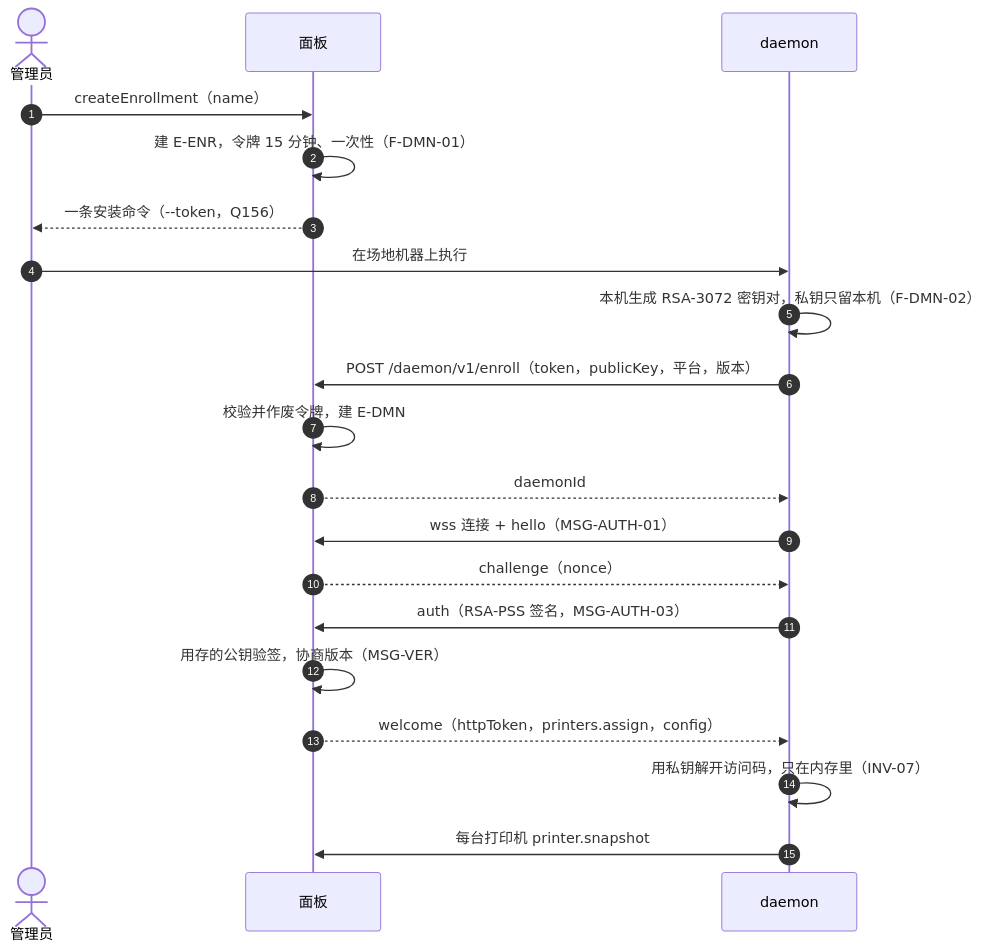
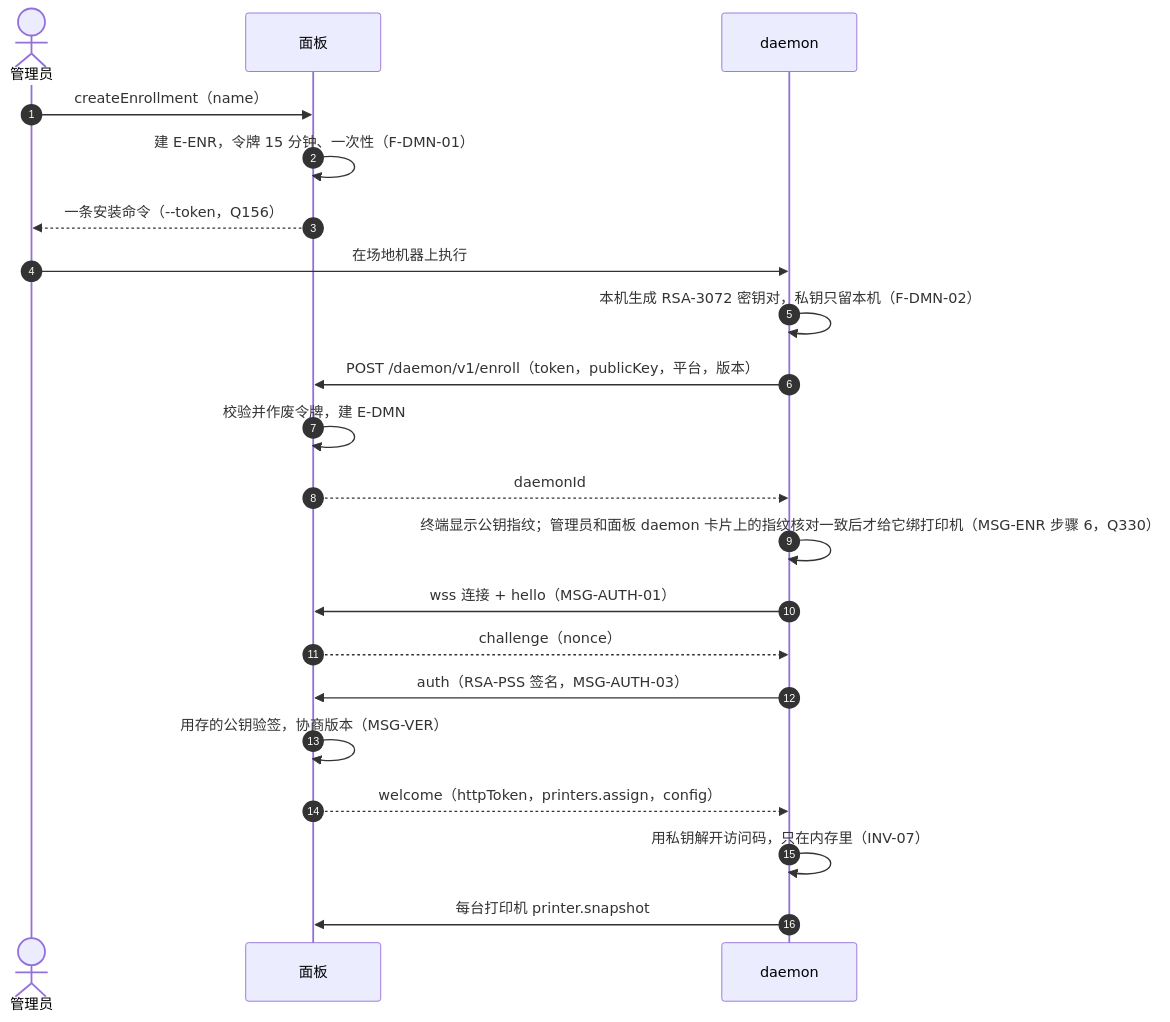
Before and after one commit to PlateRelay/PlateRelay: the ninth of 11 diagrams in docs/design/03-sequences.md, drawn with Mermaid. The commit also changed other lines of this file, not shown here.

First line of the commit message:
docs(design): align sequences with third-round review refinements

````diff
--- a/docs/design/03-sequences.md
+++ b/docs/design/03-sequences.md
@@ -368,22 +368,23 @@
 ```mermaid
 sequenceDiagram
   autonumber
   actor M as 管理员
   participant P as 面板
   participant D as daemon
   M->>P: createEnrollment（name）
   P->>P: 建 E-ENR，令牌 15 分钟、一次性（F-DMN-01）
   P-->>M: 一条安装命令（--token，Q156）
   M->>D: 在场地机器上执行
   D->>D: 本机生成 RSA-3072 密钥对，私钥只留本机（F-DMN-02）
   D->>P: POST /daemon/v1/enroll（token，publicKey，平台，版本）
   P->>P: 校验并作废令牌，建 E-DMN
   P-->>D: daemonId
+  D->>D: 终端显示公钥指纹；管理员和面板 daemon 卡片上的指纹核对一致后才给它绑打印机（MSG-ENR 步骤 6，Q330）
   D->>P: wss 连接 + hello（MSG-AUTH-01）
   P-->>D: challenge（nonce）
   D->>P: auth（RSA-PSS 签名，MSG-AUTH-03）
   P->>P: 用存的公钥验签，协商版本（MSG-VER）
   P-->>D: welcome（httpToken，printers.assign，config）
   D->>D: 用私钥解开访问码，只在内存里（INV-07）
   D->>P: 每台打印机 printer.snapshot
 ```
````
